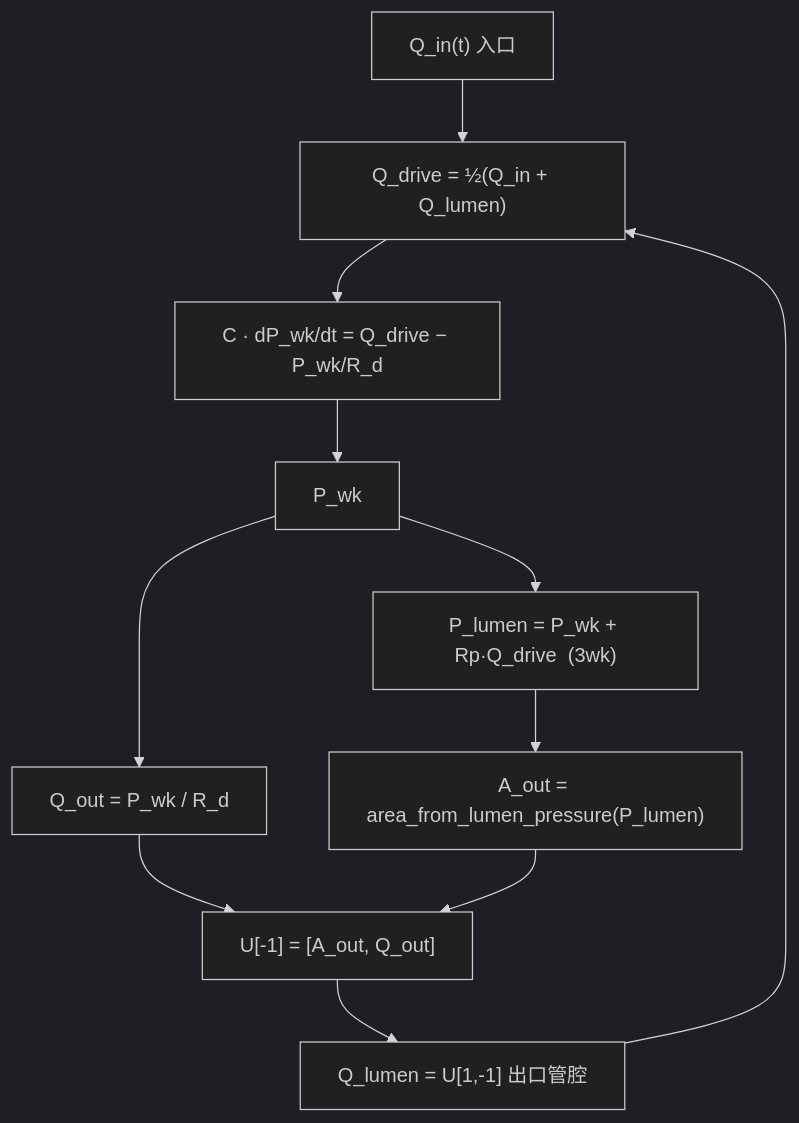
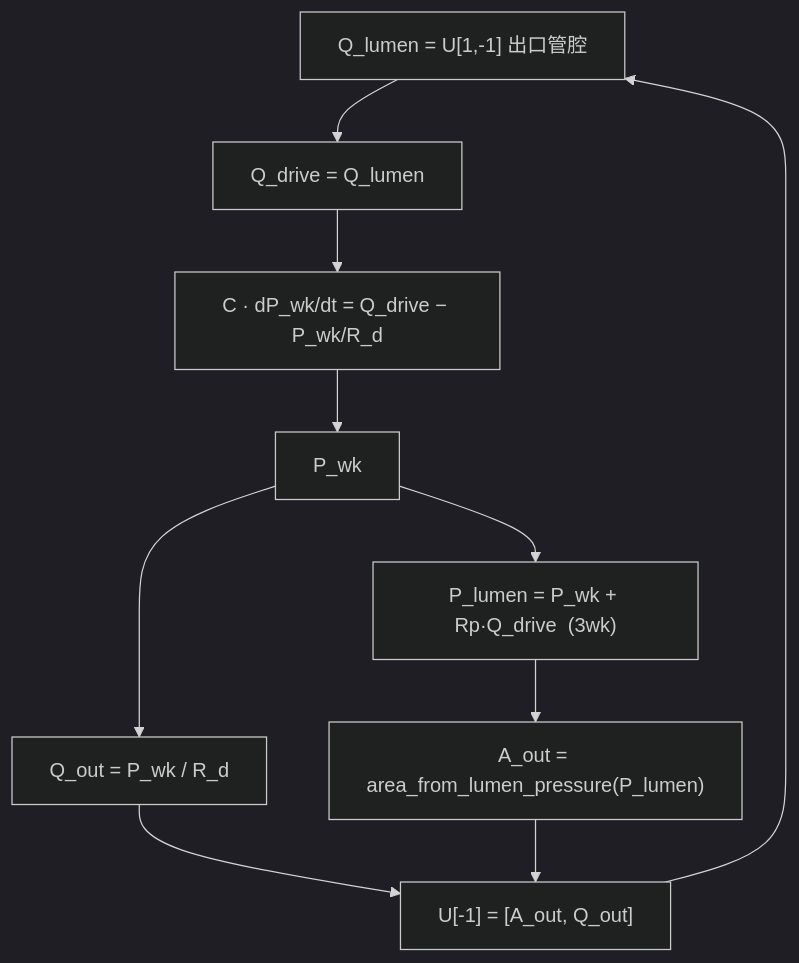
Before and after one commit to WZero98/Coronary_dynamic_simulation: the second of 4 diagrams in docs/navier_stokes_1d.md, drawn with Mermaid (dark theme). The commit also changed other lines of this file and 1 other file, not shown here.

````diff
--- a/docs/navier_stokes_1d.md
+++ b/docs/navier_stokes_1d.md
@@ -310,22 +312,20 @@
 ```mermaid
 flowchart TB
-    QIN["Q_in(t) 入口"]
     QLO["Q_lumen = U[1,-1] 出口管腔"]
-    QDRV["Q_drive = ½(Q_in + Q_lumen)"]
+    QDRV["Q_drive = Q_lumen"]
     ODE["C · dP_wk/dt = Q_drive − P_wk/R_d"]
     PWK["P_wk"]
     PLUM["P_lumen = P_wk + Rp·Q_drive  (3wk)"]
     QOUT["Q_out = P_wk / R_d"]
     AOUT["A_out = area_from_lumen_pressure(P_lumen)"]
 
-    QIN --> QDRV
     QLO --> QDRV
     QDRV --> ODE
     ODE --> PWK
     PWK --> PLUM
     PWK --> QOUT
     PLUM --> AOUT
     QOUT --> UOUT["U[-1] = [A_out, Q_out]"]
     AOUT --> UOUT
     UOUT --> QLO
 ```
````
